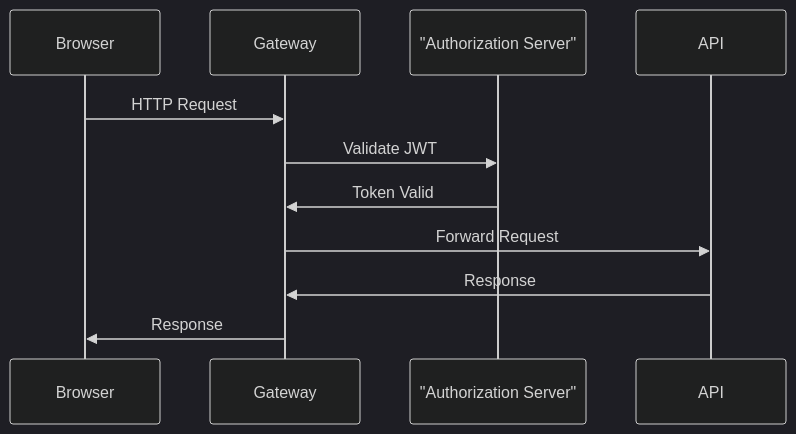
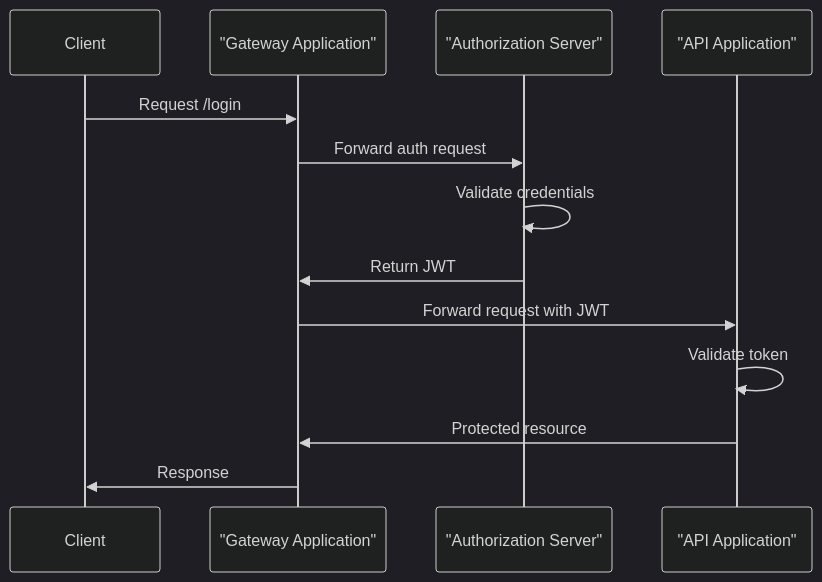
Before and after one commit to Praesto-Pro/openframe-oss-tenant: the second of 4 diagrams in docs/architecture/service-applications/service-applications.md, drawn with Mermaid (dark theme). The commit also changed other lines of this file and 149 other files, not shown here.

````diff
--- a/docs/architecture/service-applications/service-applications.md
+++ b/docs/architecture/service-applications/service-applications.md
@@ -179,14 +107,16 @@
 ```mermaid
 sequenceDiagram
-    participant Browser
-    participant Gateway
+    participant Client
+    participant Gateway as "Gateway Application"
     participant Auth as "Authorization Server"
-    participant API
+    participant Api as "API Application"
 
-    Browser->>Gateway: HTTP Request
-    Gateway->>Auth: Validate JWT
-    Auth->>Gateway: Token Valid
-    Gateway->>API: Forward Request
-    API->>Gateway: Response
-    Gateway->>Browser: Response
+    Client->>Gateway: Request /login
+    Gateway->>Auth: Forward auth request
+    Auth->>Auth: Validate credentials
+    Auth->>Gateway: Return JWT
+    Gateway->>Api: Forward request with JWT
+    Api->>Api: Validate token
+    Api->>Gateway: Protected resource
+    Gateway->>Client: Response
 ```
````
